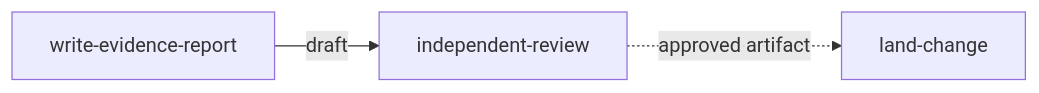
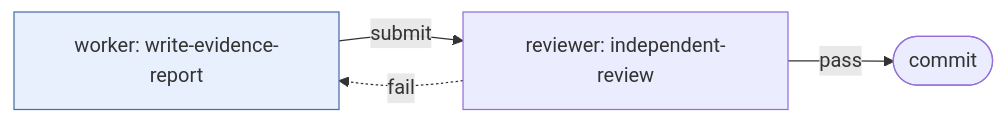
The fifth of 7 diagrams in CHAINS.md (bcmyguest/personal-skills), drawn with Mermaid before and after one commit. The commit also changed other lines of this file and 23 other files, not shown here.

````diff
--- a/CHAINS.md
+++ b/CHAINS.md
@@ -183,10 +108,11 @@
 ```mermaid
 flowchart LR
-  independent_review["independent-review"]
-  land_change["land-change"]
-  write_evidence_report["write-evidence-report"]
-  independent_review -.->|"approved artifact"| land_change
-  write_evidence_report -->|"draft"| independent_review
-  classDef external stroke-dasharray: 4 3
-  classDef action fill:#fff4d6,stroke:#b8860b
+  worker["worker: write-evidence-report"]
+  reviewer["reviewer: independent-review"]
+  done(["commit"])
+  worker -->|submit| reviewer
+  reviewer -->|pass| done
+  reviewer -.->|fail| worker
+  classDef step fill:#e8f0fe,stroke:#4a6fa5
+  class worker step
 ```
````
